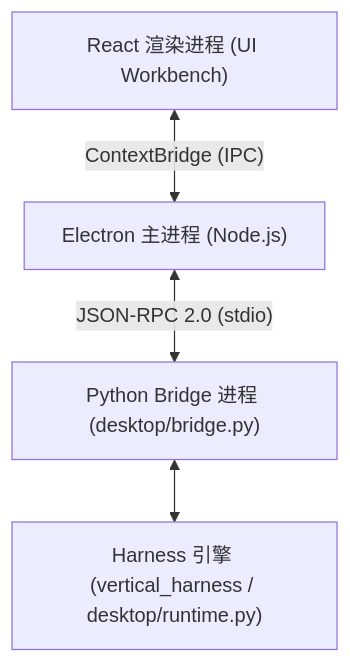
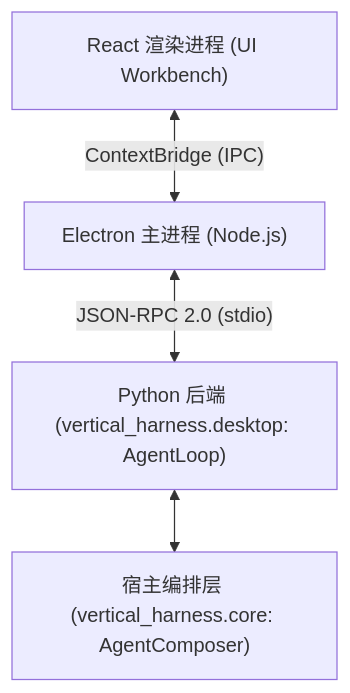
The diagram in openwiki/integrations/desktop-workbench.md (0passion0/agent_harness), drawn with Mermaid before and after one commit. The commit also changed other lines of this file and 29 other files, not shown here.

````diff
--- a/openwiki/integrations/desktop-workbench.md
+++ b/openwiki/integrations/desktop-workbench.md
@@ -27,6 +27,6 @@
 ```mermaid
 graph TD
     A["React 渲染进程 (UI Workbench)"] <-->|"ContextBridge (IPC)"| B["Electron 主进程 (Node.js)"]
-    B <-->|"JSON-RPC 2.0 (stdio)"| C["Python Bridge 进程 (desktop/bridge.py)"]
-    C <--> D["Harness 引擎 (vertical_harness / desktop/runtime.py)"]
+    B <-->|"JSON-RPC 2.0 (stdio)"| C["Python 后端 (vertical_harness.desktop: AgentLoop)"]
+    C <--> D["宿主编排层 (vertical_harness.core: AgentComposer)"]
 ```
````
